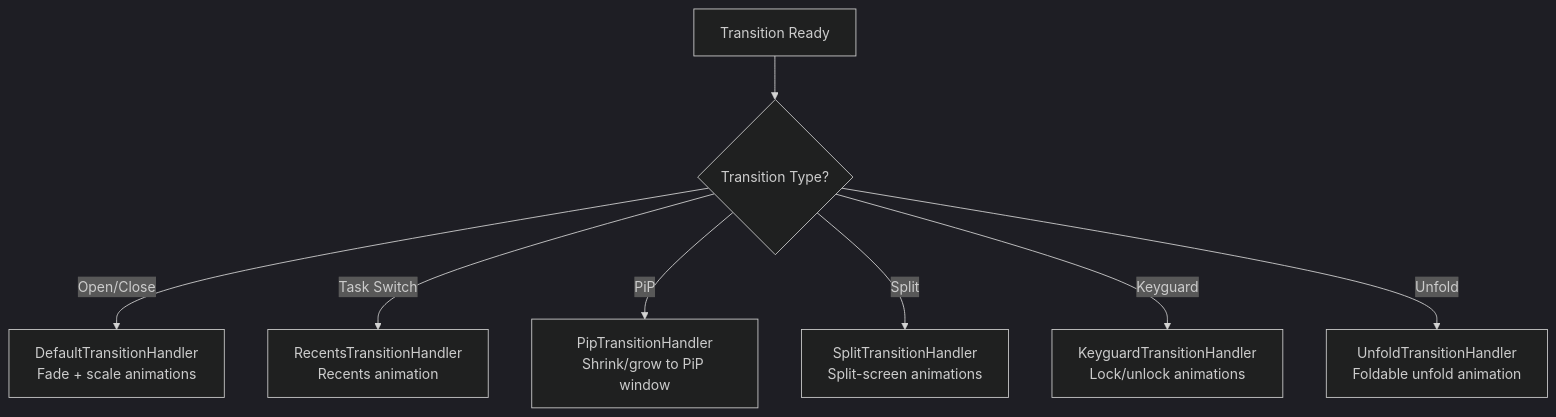
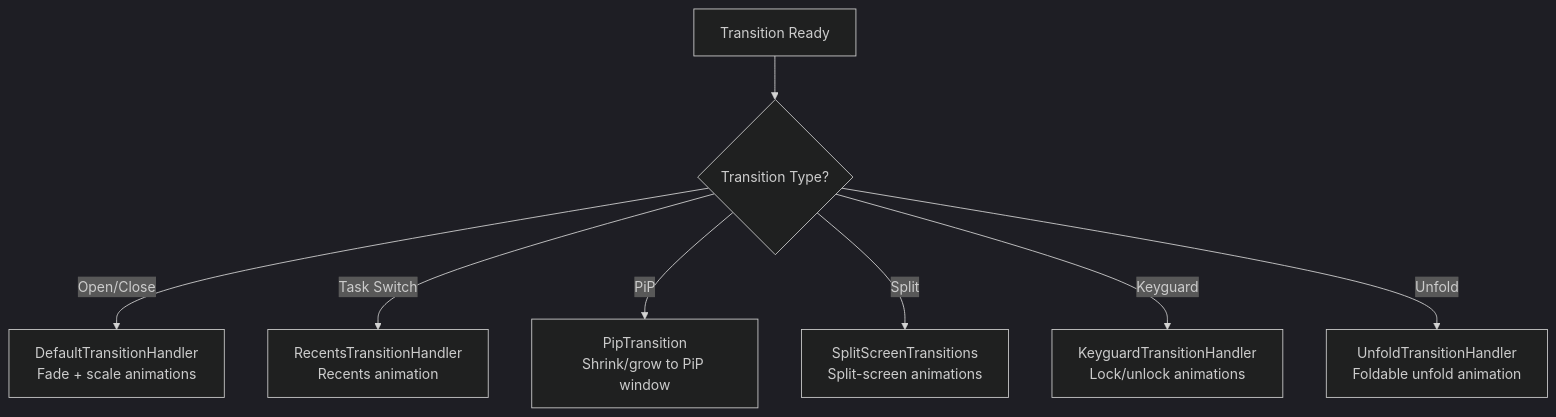
Before and after one commit to aospbooks/aosp-internal-book: diagram 36 of 41 in agents/claude/skills/aosp-framework-core/22-activity-and-window.md, drawn with Mermaid (dark theme). The commit also changed other lines of this file and 218 other files, not shown here.

````diff
--- a/agents/claude/skills/aosp-framework-core/22-activity-and-window.md
+++ b/agents/claude/skills/aosp-framework-core/22-activity-and-window.md
@@ -3293,12 +3326,12 @@
 ```mermaid
 graph TB
     Trans["Transition Ready"]
     Trans --> Type{"Transition Type?"}
 
     Type -->|"Open/Close"| Default["DefaultTransitionHandler<br/>Fade + scale animations"]
     Type -->|"Task Switch"| Recents["RecentsTransitionHandler<br/>Recents animation"]
-    Type -->|"PiP"| PiP["PipTransitionHandler<br/>Shrink/grow to PiP window"]
-    Type -->|"Split"| Split["SplitTransitionHandler<br/>Split-screen animations"]
+    Type -->|"PiP"| PiP["PipTransition<br/>Shrink/grow to PiP window"]
+    Type -->|"Split"| Split["SplitScreenTransitions<br/>Split-screen animations"]
     Type -->|"Keyguard"| KG["KeyguardTransitionHandler<br/>Lock/unlock animations"]
     Type -->|"Unfold"| Unfold["UnfoldTransitionHandler<br/>Foldable unfold animation"]
 ```
````
